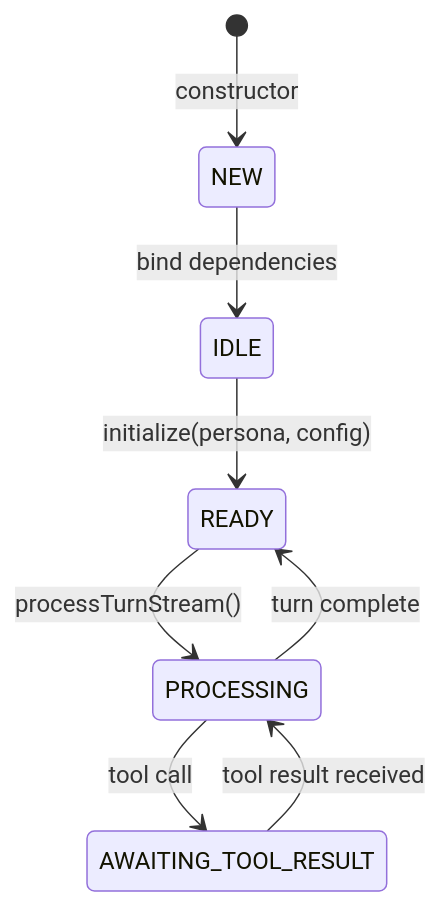
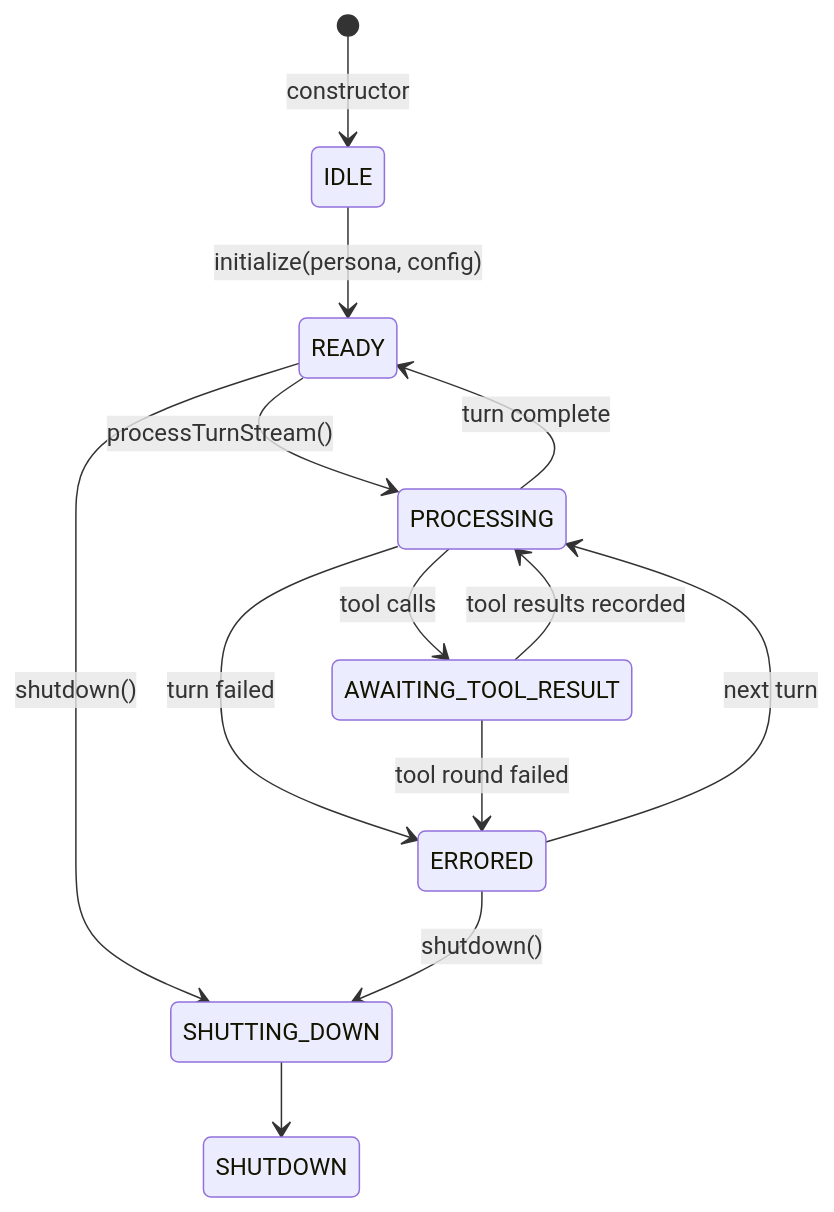
Before and after one commit to framerslab/agentos: the second of 10 diagrams in docs/architecture/ARCHITECTURE.md, drawn with Mermaid. The commit also changed other lines of this file and 13 other files, not shown here.

````diff
--- a/docs/architecture/ARCHITECTURE.md
+++ b/docs/architecture/ARCHITECTURE.md
@@ -118,10 +118,15 @@
 ```mermaid
 stateDiagram-v2
-    [*] --> NEW: constructor
-    NEW --> IDLE: bind dependencies
+    [*] --> IDLE: constructor
     IDLE --> READY: initialize(persona, config)
     READY --> PROCESSING: processTurnStream()
-    PROCESSING --> AWAITING_TOOL_RESULT: tool call
-    AWAITING_TOOL_RESULT --> PROCESSING: tool result received
+    PROCESSING --> AWAITING_TOOL_RESULT: tool calls
+    AWAITING_TOOL_RESULT --> PROCESSING: tool results recorded
     PROCESSING --> READY: turn complete
+    PROCESSING --> ERRORED: turn failed
+    AWAITING_TOOL_RESULT --> ERRORED: tool round failed
+    ERRORED --> PROCESSING: next turn
+    READY --> SHUTTING_DOWN: shutdown()
+    ERRORED --> SHUTTING_DOWN: shutdown()
+    SHUTTING_DOWN --> SHUTDOWN
 ```
````
